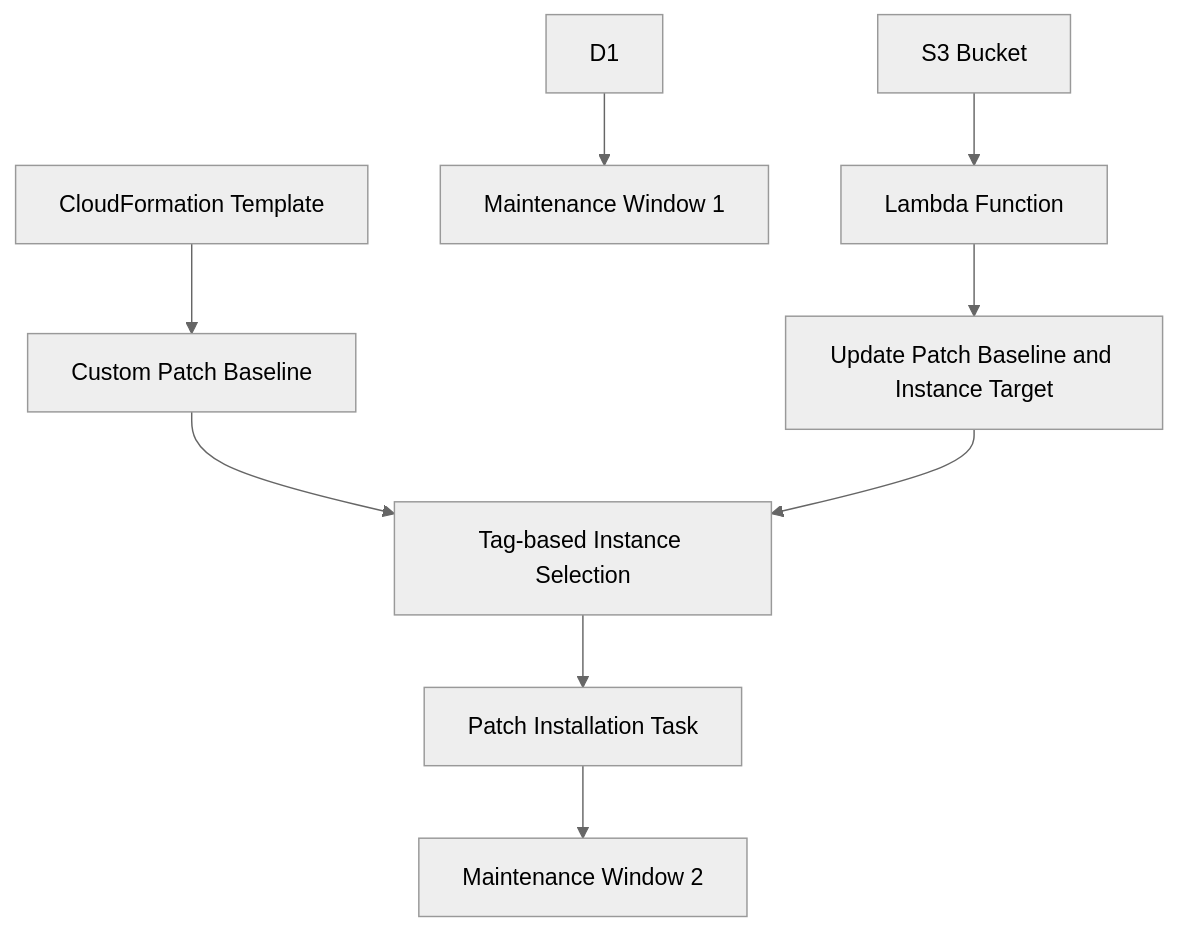
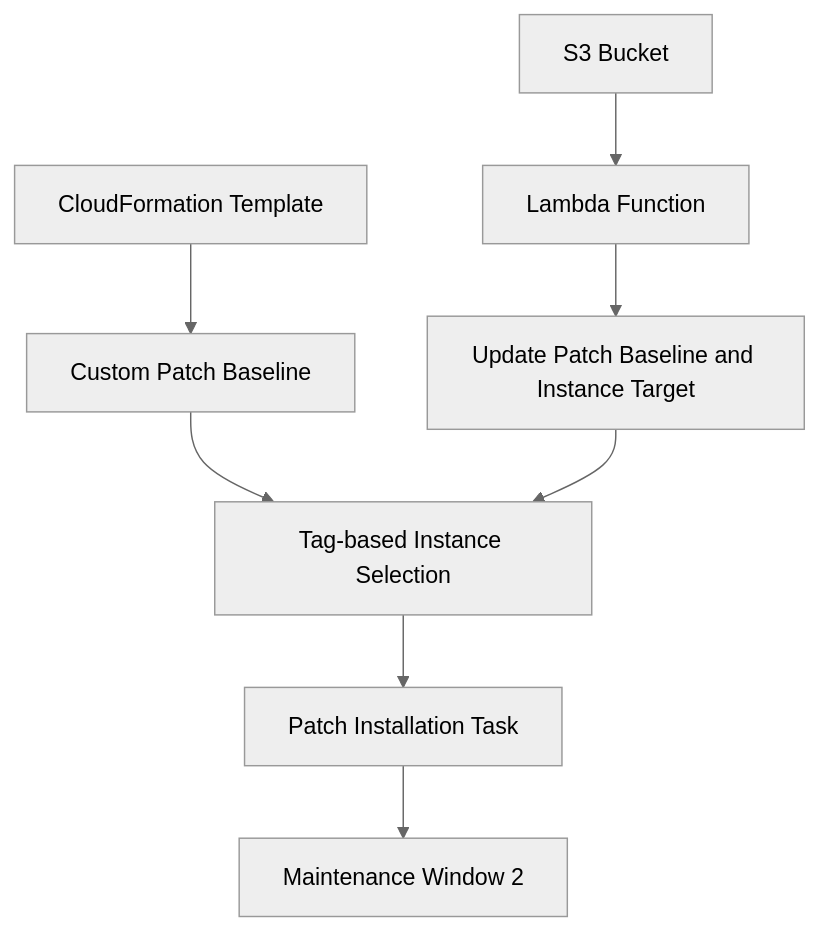
Before and after one commit to devopsyug/aws-patch-manager: the diagram in README.md, drawn with Mermaid (neutral theme).

````diff
--- a/README.md
+++ b/README.md
@@ -19,14 +19,13 @@
 ```mermaid
 graph TD
     A[CloudFormation Template] --> B[Custom Patch Baseline]
     B --> C[Tag-based Instance Selection]
     C --> D2[Patch Installation Task]
-    D1 --> E[Maintenance Window 1]
     D2 --> F[Maintenance Window 2]
 
     G[S3 Bucket] --> H[Lambda Function]
     H --> I[Update Patch Baseline and Instance Target]
     I --> C
 
 
 ```    
````
